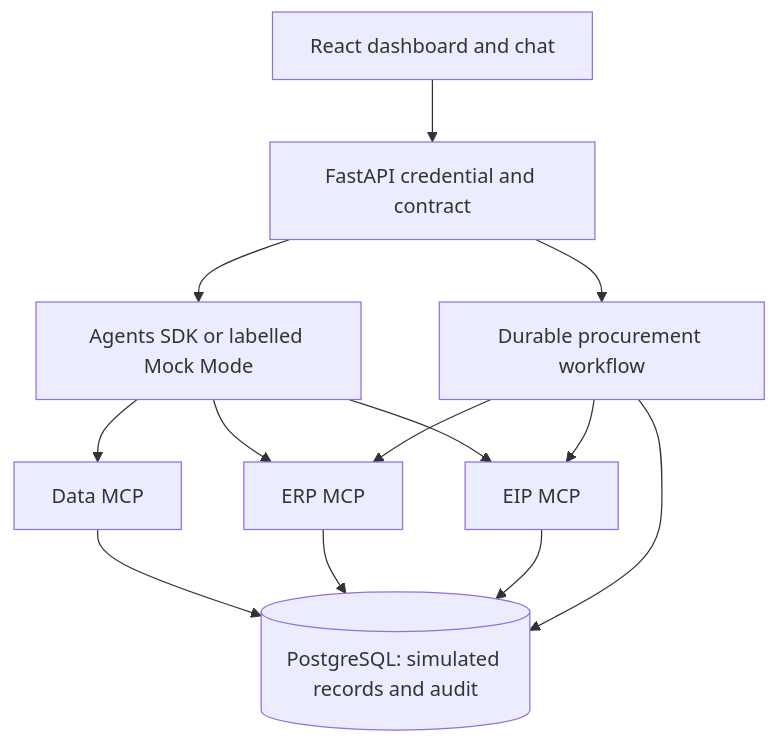
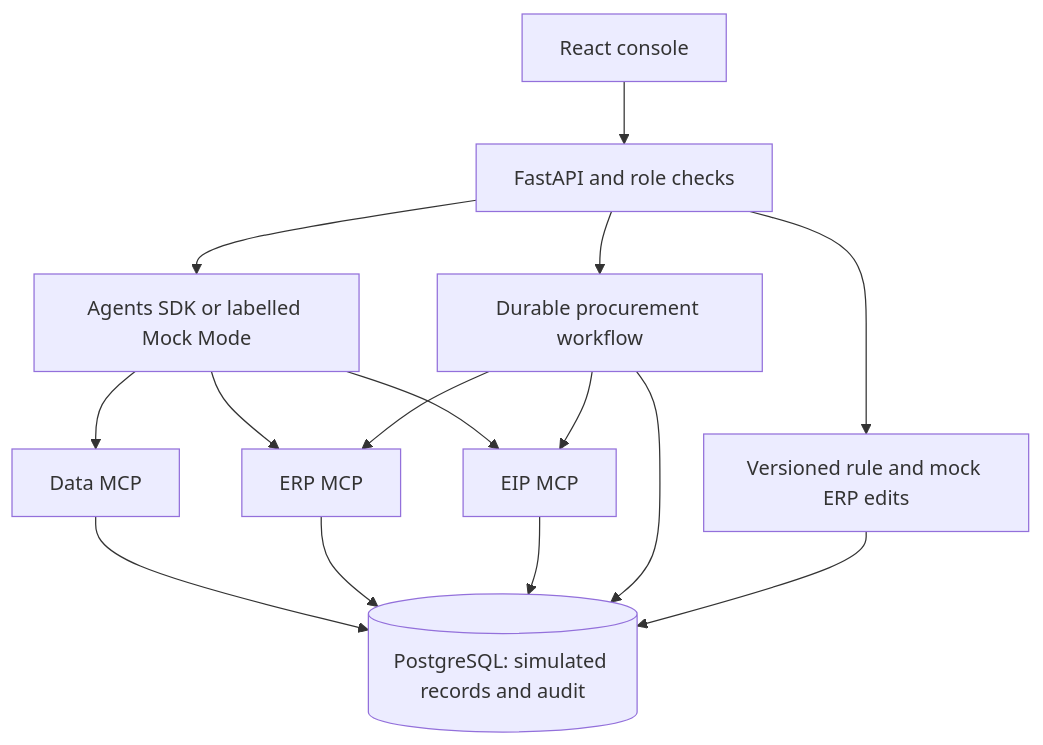
The diagram in README.md (3pwei/enterprise-ai-operations-hub-), drawn with Mermaid before and after one commit. The commit also changed other lines of this file and 25 other files, not shown here.

````diff
--- a/README.md
+++ b/README.md
@@ -19,13 +20,15 @@
 ```mermaid
 flowchart TD
-  UI[React dashboard and chat] --> API[FastAPI credential and contract]
+  UI[React console] --> API[FastAPI and role checks]
   API --> Agent[Agents SDK or labelled Mock Mode]
   Agent --> Data[Data MCP]
   Agent --> ERP[ERP MCP]
   Agent --> EIP[EIP MCP]
   Data & ERP & EIP --> DB[(PostgreSQL: simulated records and audit)]
   API --> WF[Durable procurement workflow]
   WF --> ERP
   WF --> EIP
   WF --> DB
+  API --> Catalog[Versioned rule and mock ERP edits]
+  Catalog --> DB
 ```
````
